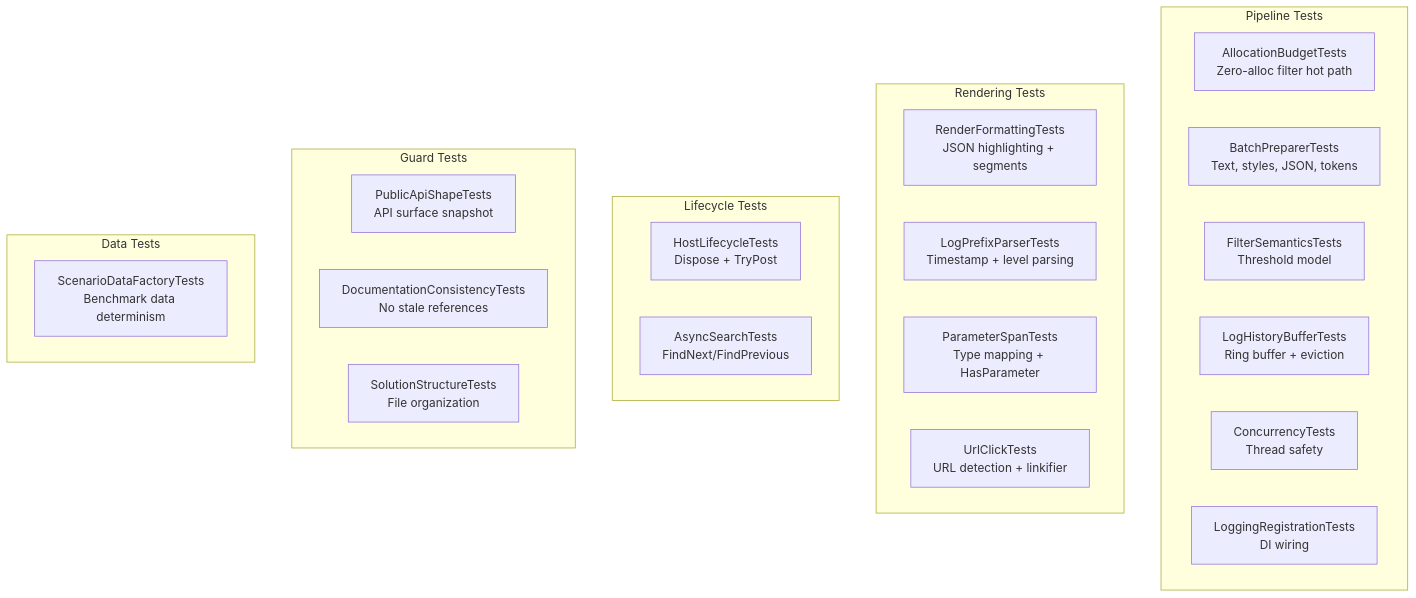
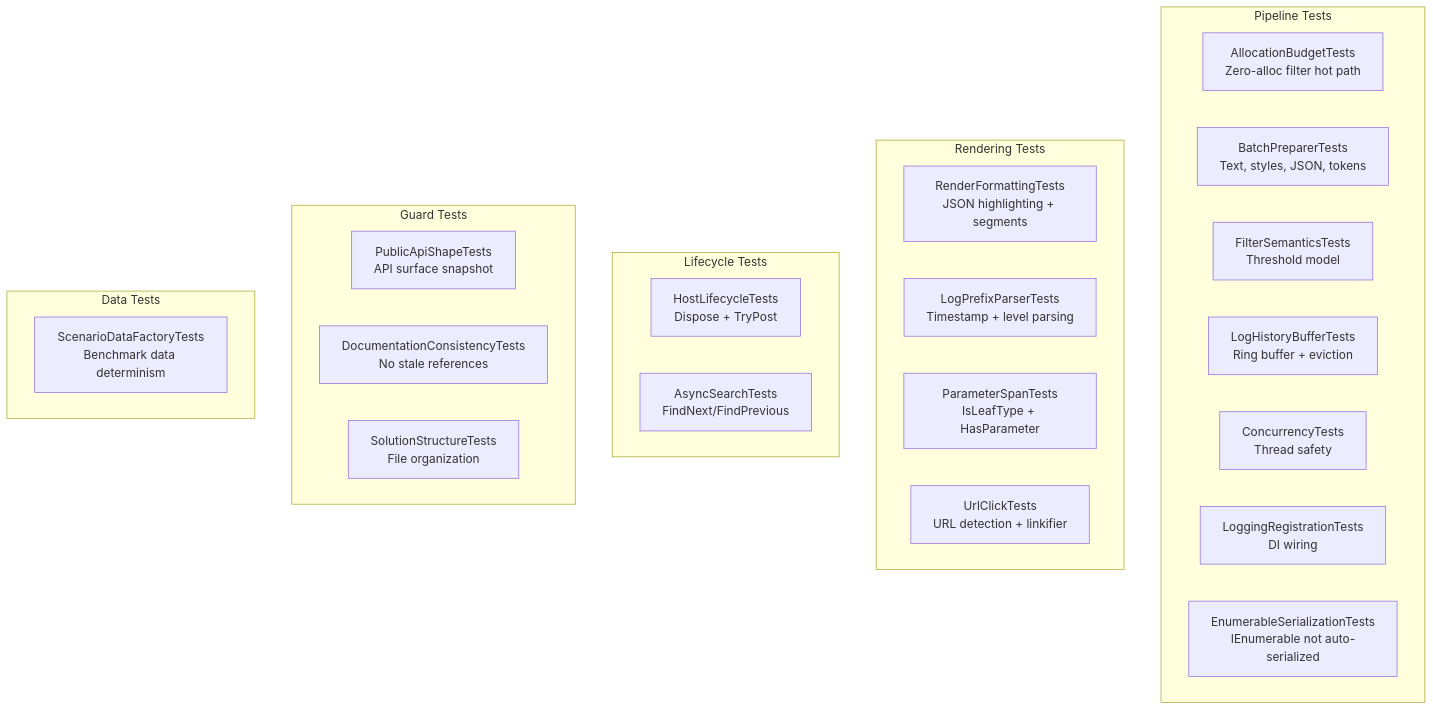
Before and after one commit to trgiangv/ZLogger.Scintilla: the diagram in docs/testing.md, drawn with Mermaid. The commit also changed other lines of this file and 4 other files, not shown here.

````diff
--- a/docs/testing.md
+++ b/docs/testing.md
@@ -17,33 +17,34 @@
 ```mermaid
 flowchart TB
     subgraph Pipeline["Pipeline Tests"]
         Alloc["AllocationBudgetTests<br/>Zero-alloc filter hot path"]
         Batch["BatchPreparerTests<br/>Text, styles, JSON, tokens"]
         Filter["FilterSemanticsTests<br/>Threshold model"]
         History["LogHistoryBufferTests<br/>Ring buffer + eviction"]
         Conc["ConcurrencyTests<br/>Thread safety"]
         Reg["LoggingRegistrationTests<br/>DI wiring"]
+        Enum["EnumerableSerializationTests<br/>IEnumerable not auto-serialized"]
     end
 
     subgraph Rendering["Rendering Tests"]
         Render["RenderFormattingTests<br/>JSON highlighting + segments"]
         Prefix["LogPrefixParserTests<br/>Timestamp + level parsing"]
-        Param["ParameterSpanTests<br/>Type mapping + HasParameter"]
+        Param["ParameterSpanTests<br/>IsLeafType + HasParameter"]
         Url["UrlClickTests<br/>URL detection + linkifier"]
     end
 
     subgraph Lifecycle["Lifecycle Tests"]
         Host["HostLifecycleTests<br/>Dispose + TryPost"]
         Search["AsyncSearchTests<br/>FindNext/FindPrevious"]
     end
 
     subgraph Guards["Guard Tests"]
         API["PublicApiShapeTests<br/>API surface snapshot"]
         Docs["DocumentationConsistencyTests<br/>No stale references"]
         Sol["SolutionStructureTests<br/>File organization"]
     end
 
     subgraph Data["Data Tests"]
         Scenario["ScenarioDataFactoryTests<br/>Benchmark data determinism"]
     end
 ```
````
